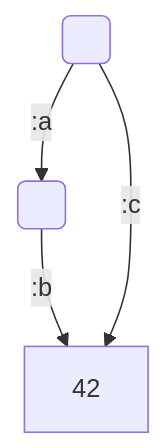
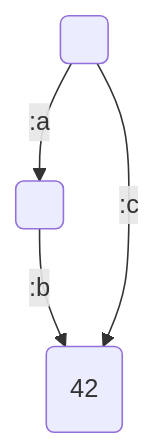
The fourth of 4 diagrams in README.md (ekoontz/dag-unify), drawn with Mermaid before and after one commit. The commit also changed other lines of this file, not shown here.

Commit message:
use round brackets for mermaid diagrams consistently

````diff
--- a/README.md
+++ b/README.md
@@ -205,6 +205,6 @@
 ```mermaid
 graph TD
 	X( ) --> |:a| B( )
-    B   --> |:b| D[42]
+    B   --> |:b| D(42)
     X( ) --> |:c| D
 ```
````
